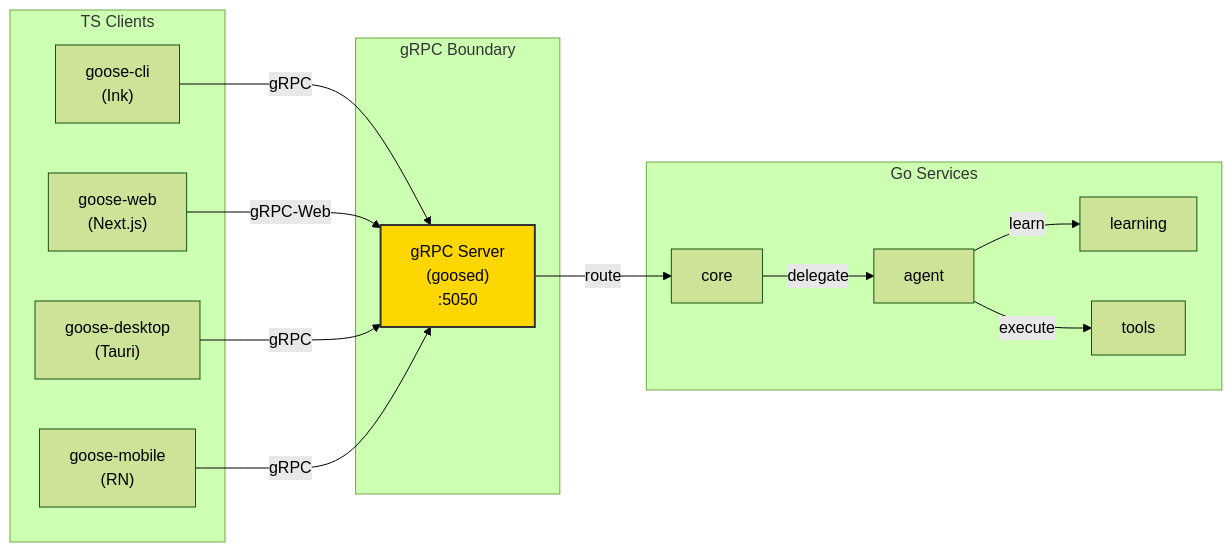
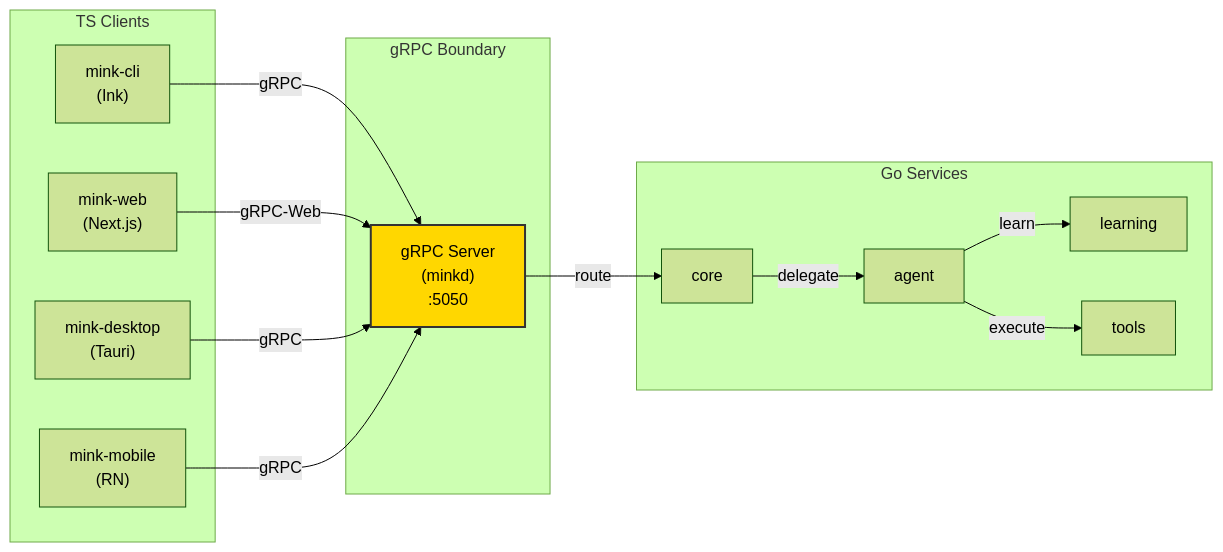
The fifth of 5 diagrams in .moai/project/structure.md (modu-ai/mink), drawn with Mermaid (forest theme) before and after one commit. The commit also changed other lines of this file and 9 other files, not shown here.

````diff
--- a/.moai/project/structure.md
+++ b/.moai/project/structure.md
@@ -959,32 +947,32 @@
 ```mermaid
 graph LR
     subgraph "TS Clients"
-        CLI["goose-cli<br/>(Ink)"]
-        WEB["goose-web<br/>(Next.js)"]
-        DESKTOP["goose-desktop<br/>(Tauri)"]
-        MOBILE["goose-mobile<br/>(RN)"]
+        CLI["mink-cli<br/>(Ink)"]
+        WEB["mink-web<br/>(Next.js)"]
+        DESKTOP["mink-desktop<br/>(Tauri)"]
+        MOBILE["mink-mobile<br/>(RN)"]
     end
     
     subgraph "gRPC Boundary"
-        GRPC["gRPC Server<br/>(goosed)<br/>:5050"]
+        GRPC["gRPC Server<br/>(minkd)<br/>:5050"]
     end
     
     subgraph "Go Services"
         CORE["core"]
         AGENT["agent"]
         LEARN["learning"]
         TOOLS["tools"]
     end
     
     CLI -->|gRPC| GRPC
     WEB -->|gRPC-Web| GRPC
     DESKTOP -->|gRPC| GRPC
     MOBILE -->|gRPC| GRPC
     
     GRPC -->|route| CORE
     CORE -->|delegate| AGENT
     AGENT -->|learn| LEARN
     AGENT -->|execute| TOOLS
     
     style GRPC fill:#FFD700,stroke:#333,stroke-width:2px
 ```
````
